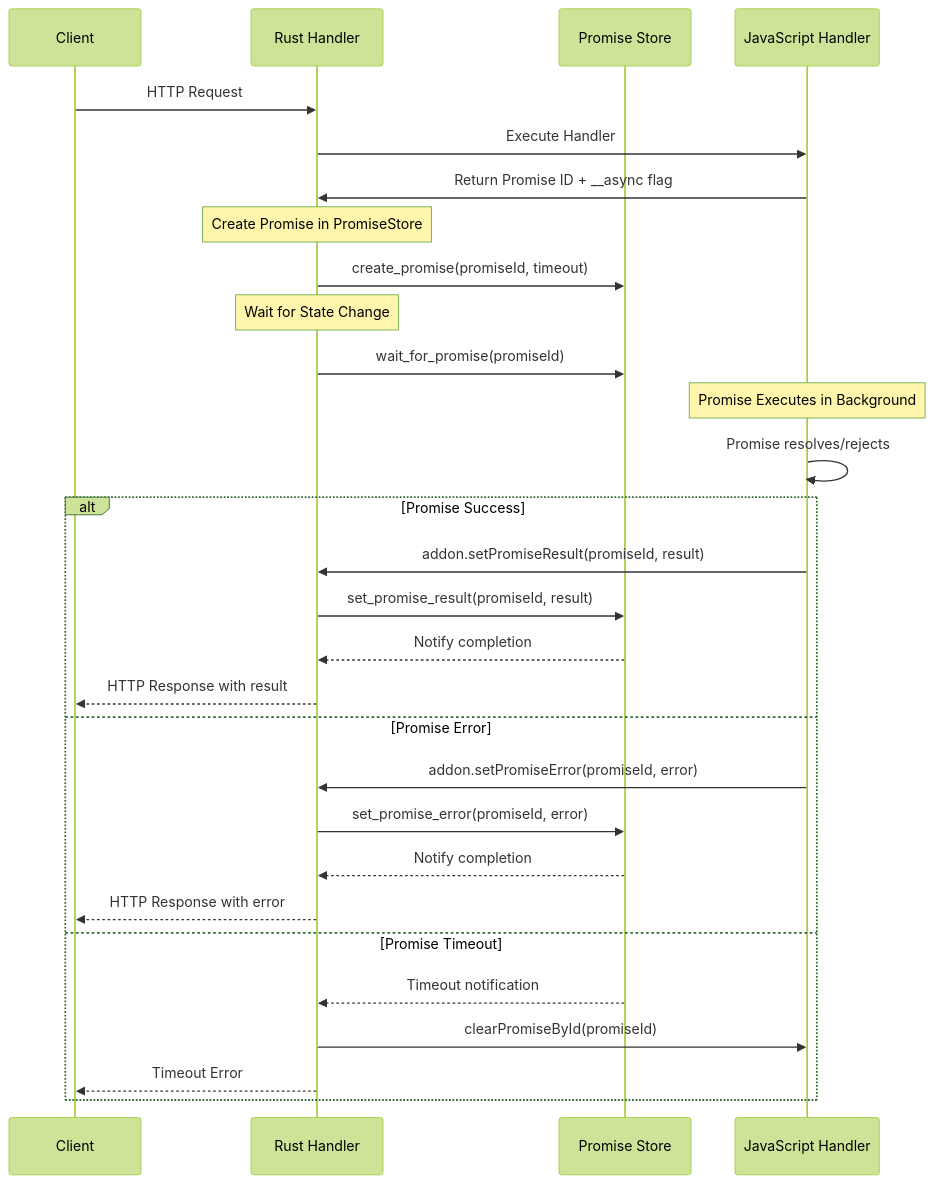
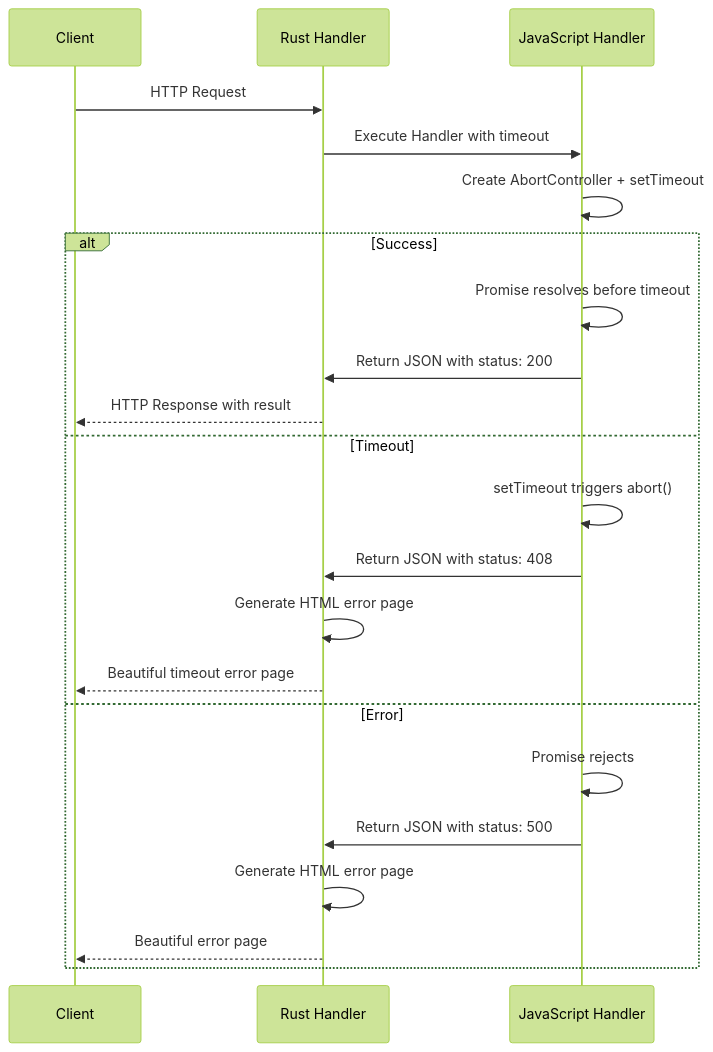
Before and after one commit to s00d/rnode-server: the third of 3 diagrams in README.md, drawn with Mermaid (forest theme). The commit also changed other lines of this file, not shown here.

````diff
--- a/README.md
+++ b/README.md
@@ -221,36 +1714,26 @@
 ```mermaid
 sequenceDiagram
     participant Client
     participant Rust as Rust Handler
-    participant PromiseStore as Promise Store
     participant JS as JavaScript Handler
 
     Client->>Rust: HTTP Request
-    Rust->>JS: Execute Handler
-    JS->>Rust: Return Promise ID + __async flag
+    Rust->>JS: Execute Handler with timeout
+    JS->>JS: Create AbortController + setTimeout
     
-    Note over Rust: Create Promise in PromiseStore
-    Rust->>PromiseStore: create_promise(promiseId, timeout)
-    
-    Note over Rust: Wait for State Change
-    Rust->>PromiseStore: wait_for_promise(promiseId)
-    
-    Note over JS: Promise Executes in Background
-    JS->>JS: Promise resolves/rejects
-    
-    alt Promise Success
-        JS->>Rust: addon.setPromiseResult(promiseId, result)
-        Rust->>PromiseStore: set_promise_result(promiseId, result)
-        PromiseStore-->>Rust: Notify completion
+    alt Success
+        JS->>JS: Promise resolves before timeout
+        JS->>Rust: Return JSON with status: 200
         Rust-->>Client: HTTP Response with result
-    else Promise Error
-        JS->>Rust: addon.setPromiseError(promiseId, error)
-        Rust->>PromiseStore: set_promise_error(promiseId, error)
-        PromiseStore-->>Rust: Notify completion
-        Rust-->>Client: HTTP Response with error
-    else Promise Timeout
-        PromiseStore-->>Rust: Timeout notification
-        Rust->>JS: clearPromiseById(promiseId)
-        Rust-->>Client: Timeout Error
+    else Timeout
+        JS->>JS: setTimeout triggers abort()
+        JS->>Rust: Return JSON with status: 408
+        Rust->>Rust: Generate HTML error page
+        Rust-->>Client: Beautiful timeout error page
+    else Error
+        JS->>JS: Promise rejects
+        JS->>Rust: Return JSON with status: 500
+        Rust->>Rust: Generate HTML error page
+        Rust-->>Client: Beautiful error page
     end
 ```
````
